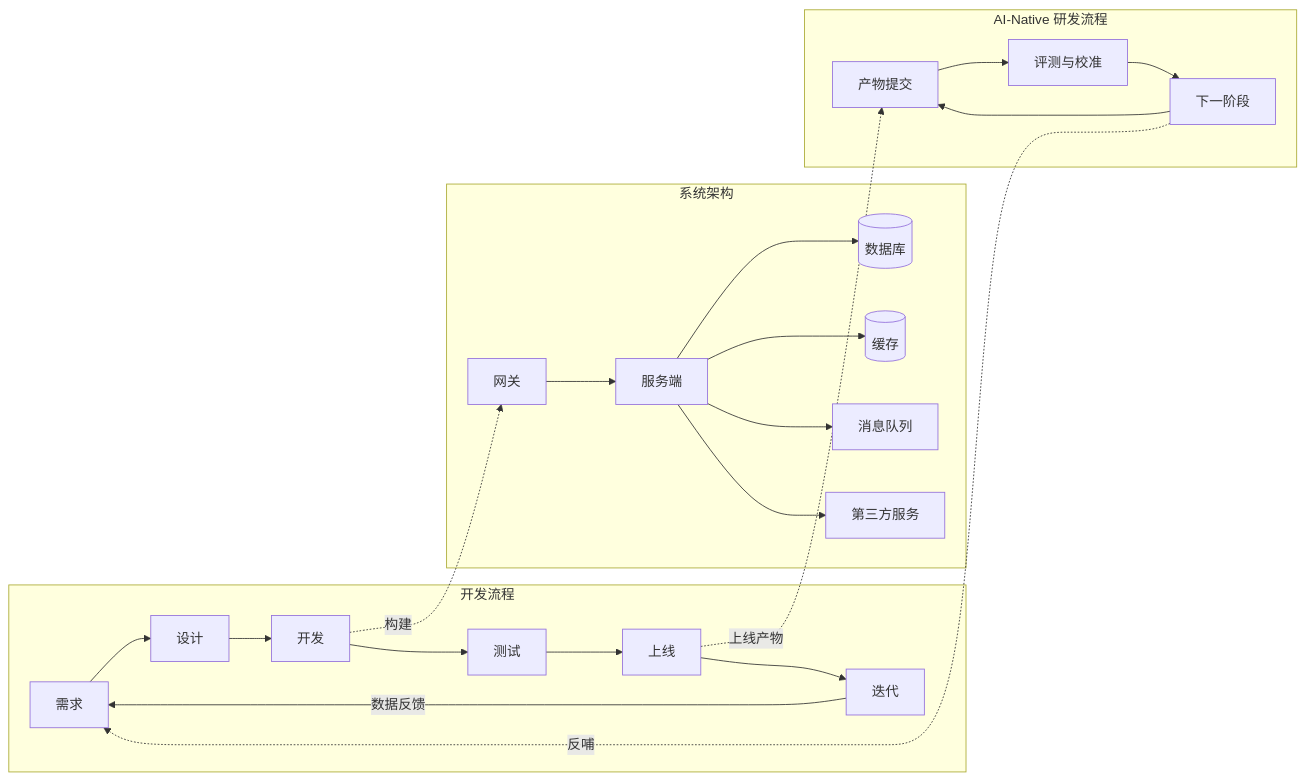
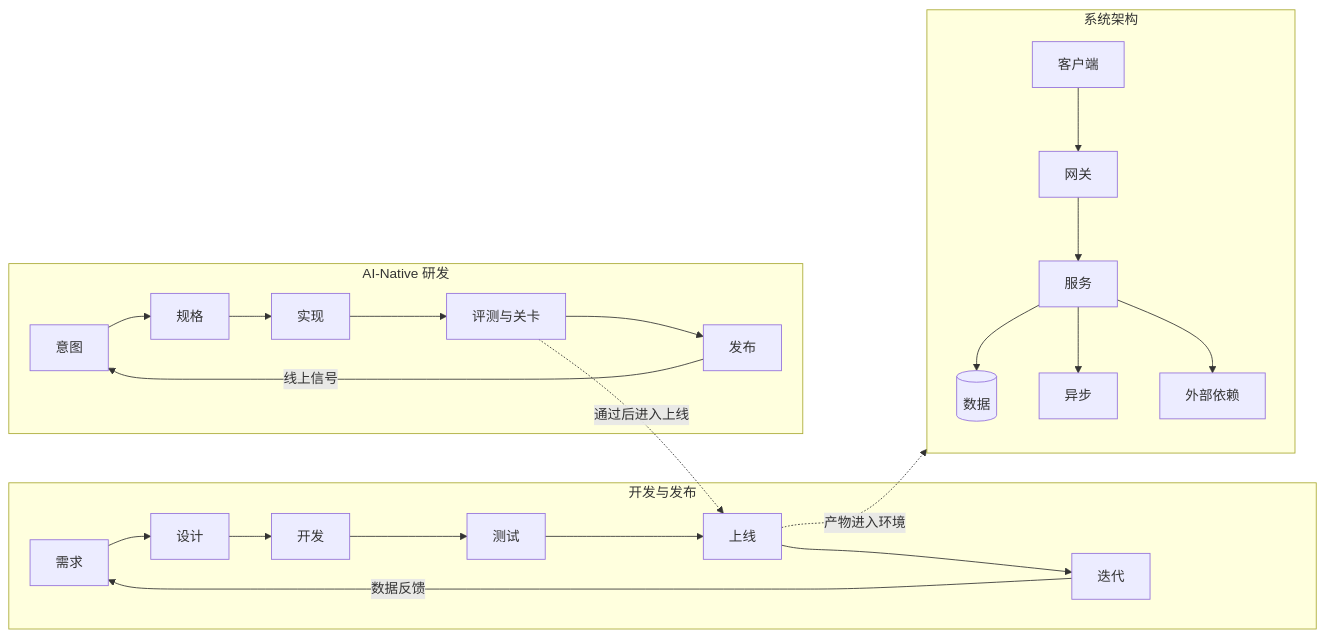
Before and after one commit to AI-PM-Wiki/AIPM: the diagram in docs/tech/index.md, drawn with Mermaid. The commit also changed other lines of this file and 248 other files, not shown here.

````diff
--- a/docs/tech/index.md
+++ b/docs/tech/index.md
@@ -17,21 +17,20 @@
 ```mermaid
 flowchart LR
-    subgraph flow["开发流程"]
+    subgraph flow["开发与发布"]
         req[需求] --> des[设计] --> dev[开发] --> tst[测试] --> rel[上线] --> iter[迭代]
         iter -->|数据反馈| req
     end
     subgraph arch["系统架构"]
-        gw[网关] --> sv[服务端]
-        sv --> db[(数据库)]
-        sv --> ca[(缓存)]
-        sv --> mq[消息队列]
-        sv --> ext[第三方服务]
+        client[客户端] --> gw[网关]
+        gw --> sv[服务]
+        sv --> data[(数据)]
+        sv --> mq[异步]
+        sv --> ext[外部依赖]
     end
-    subgraph ai["AI-Native 研发流程"]
-        art[产物提交] --> cal[评测与校准] --> nx[下一阶段]
-        nx --> art
+    subgraph ai["AI-Native 研发"]
+        plan[意图] --> spec[规格] --> build[实现] --> gate[评测与关卡] --> ship[发布]
+        ship -->|线上信号| plan
     end
-    dev -.->|构建| gw
-    rel -.->|上线产物| art
-    nx -.->|反哺| req
+    rel -.->|产物进入环境| arch
+    gate -.->|通过后进入上线| rel
 ```
````
